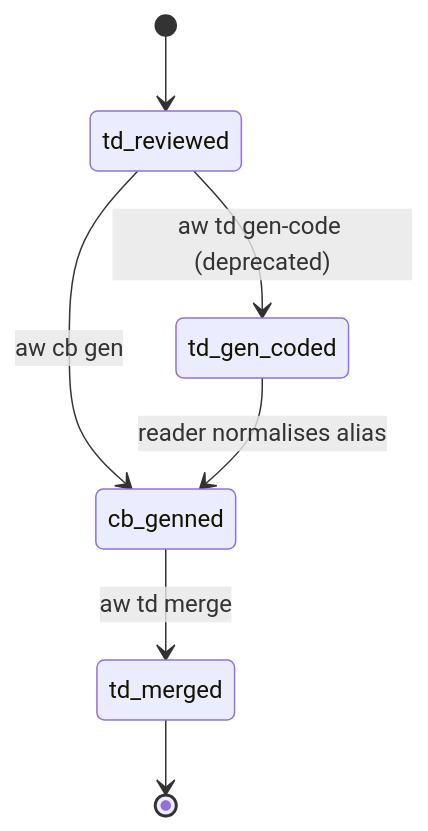
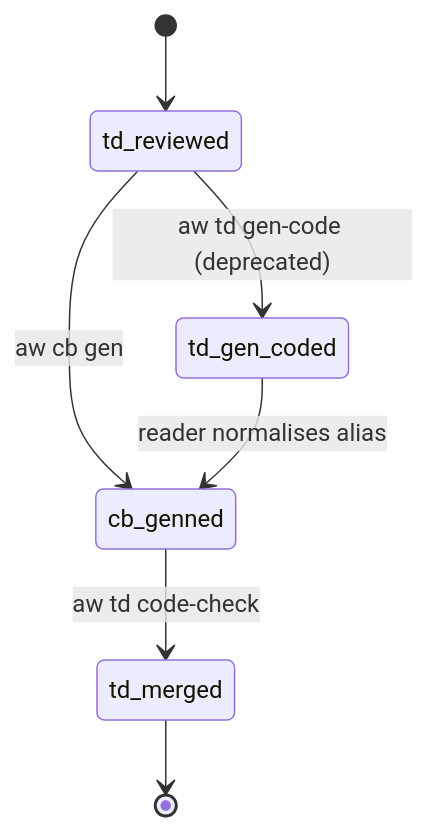
Before and after one commit to chrischeng-c4/axiom: the first of 3 diagrams in projects/agentic-workflow/tech-design/surface/specs/score-namespaces.md, drawn with Mermaid. The commit also changed other lines of this file and 65 other files, not shown here.

````diff
--- a/projects/agentic-workflow/tech-design/surface/specs/score-namespaces.md
+++ b/projects/agentic-workflow/tech-design/surface/specs/score-namespaces.md
@@ -347,39 +347,39 @@
 ```mermaid
 ---
 id: cb-gen-phase-lifecycle
 initial: td_reviewed
 nodes:
   td_reviewed:
     kind: normal
     label: "TD Reviewed (approved)"
   cb_genned:
     kind: normal
     label: "Code generated (canonical: cb_genned)"
   td_gen_coded:
     kind: normal
     label: "Code generated (legacy alias: td_gen_coded)"
   td_merged:
     kind: terminal
     label: "Merged"
 edges:
   - from: td_reviewed
     to: cb_genned
     event: "aw cb gen"
   - from: td_reviewed
     to: td_gen_coded
     event: "aw td gen-code (deprecated)"
   - from: td_gen_coded
     to: cb_genned
     event: "reader normalises alias"
   - from: cb_genned
     to: td_merged
-    event: "aw td merge"
+    event: "aw td code-check"
 ---
 stateDiagram-v2
     [*] --> td_reviewed
     td_reviewed --> cb_genned : aw cb gen
     td_reviewed --> td_gen_coded : aw td gen-code (deprecated)
     td_gen_coded --> cb_genned : reader normalises alias
-    cb_genned --> td_merged : aw td merge
+    cb_genned --> td_merged : aw td code-check
     td_merged --> [*]
 ```
````
